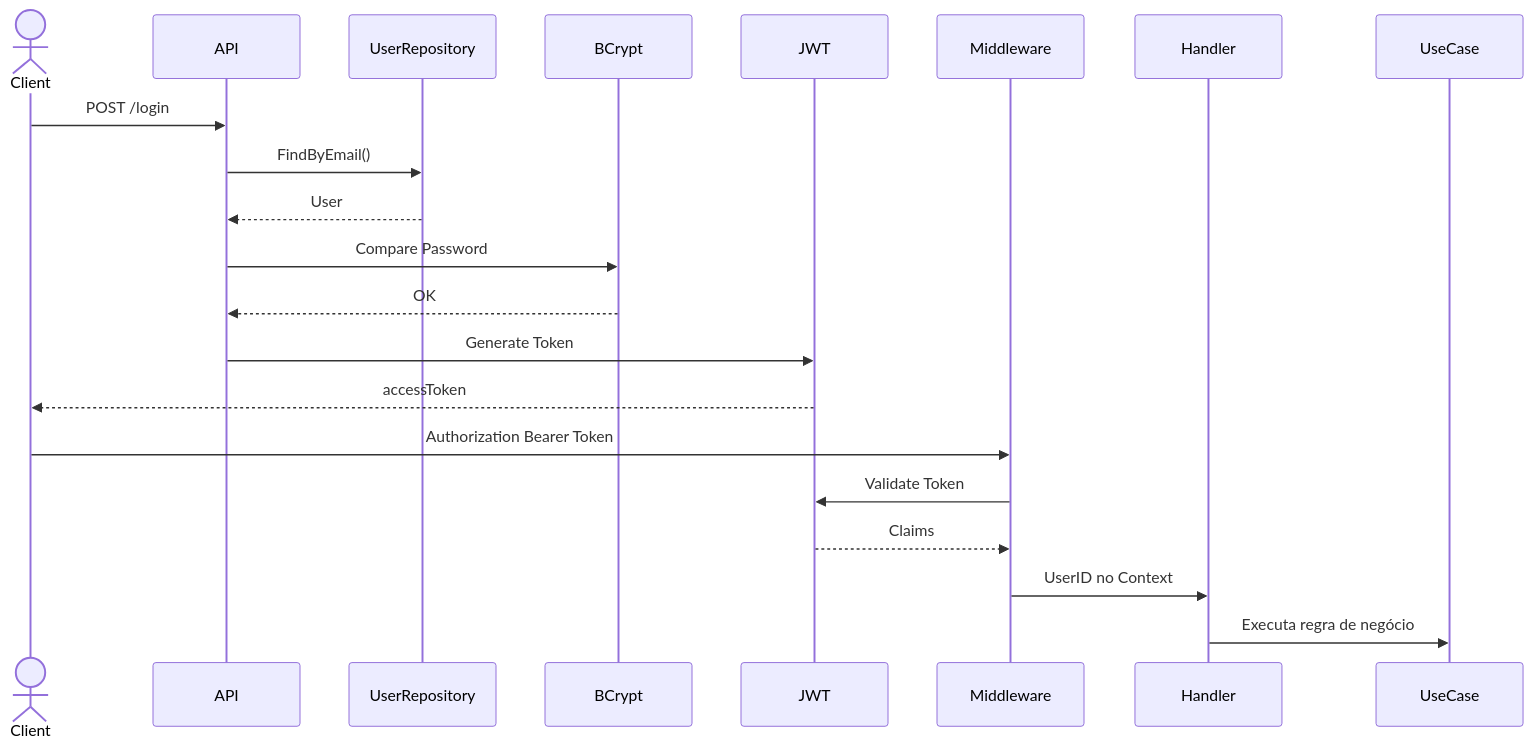
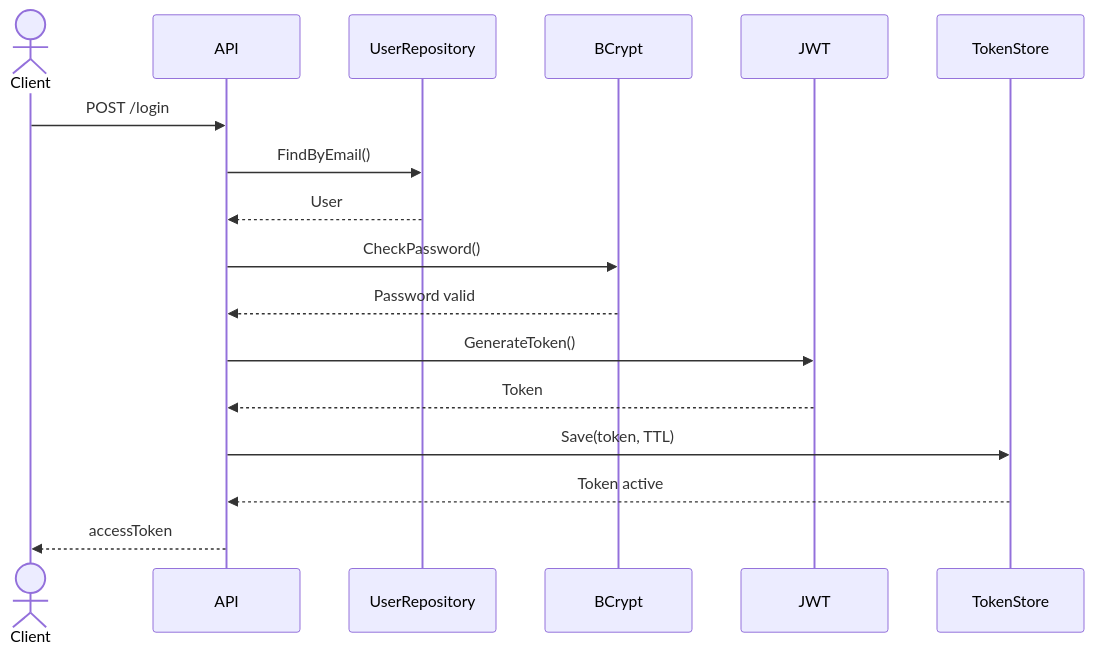
One commit to BiancaSalomao1/desafio-go changed the second of 8 diagrams in orders-api/docs/architecture.md. Above: the diagram before and after it, drawn with Mermaid. The commit also changed other lines of this file and 16 other files, not shown here.

````diff
--- a/orders-api/docs/architecture.md
+++ b/orders-api/docs/architecture.md
@@ -39,29 +54,27 @@
 ```mermaid
 sequenceDiagram
 
-actor Client
+    actor Client
 
-Client->>API: POST /login
+    participant API
+    participant UserRepository
+    participant BCrypt
+    participant JWT
+    participant TokenStore
 
-API->>UserRepository: FindByEmail()
+    Client->>API: POST /login
 
-UserRepository-->>API: User
+    API->>UserRepository: FindByEmail()
+    UserRepository-->>API: User
 
-API->>BCrypt: Compare Password
+    API->>BCrypt: CheckPassword()
+    BCrypt-->>API: Password valid
 
-BCrypt-->>API: OK
+    API->>JWT: GenerateToken()
+    JWT-->>API: Token
 
-API->>JWT: Generate Token
+    API->>TokenStore: Save(token, TTL)
+    TokenStore-->>API: Token active
 
-JWT-->>Client: accessToken
-
-Client->>Middleware: Authorization Bearer Token
-
-Middleware->>JWT: Validate Token
-
-JWT-->>Middleware: Claims
-
-Middleware->>Handler: UserID no Context
-
-Handler->>UseCase: Executa regra de negócio
+    API-->>Client: accessToken
 ```
````
